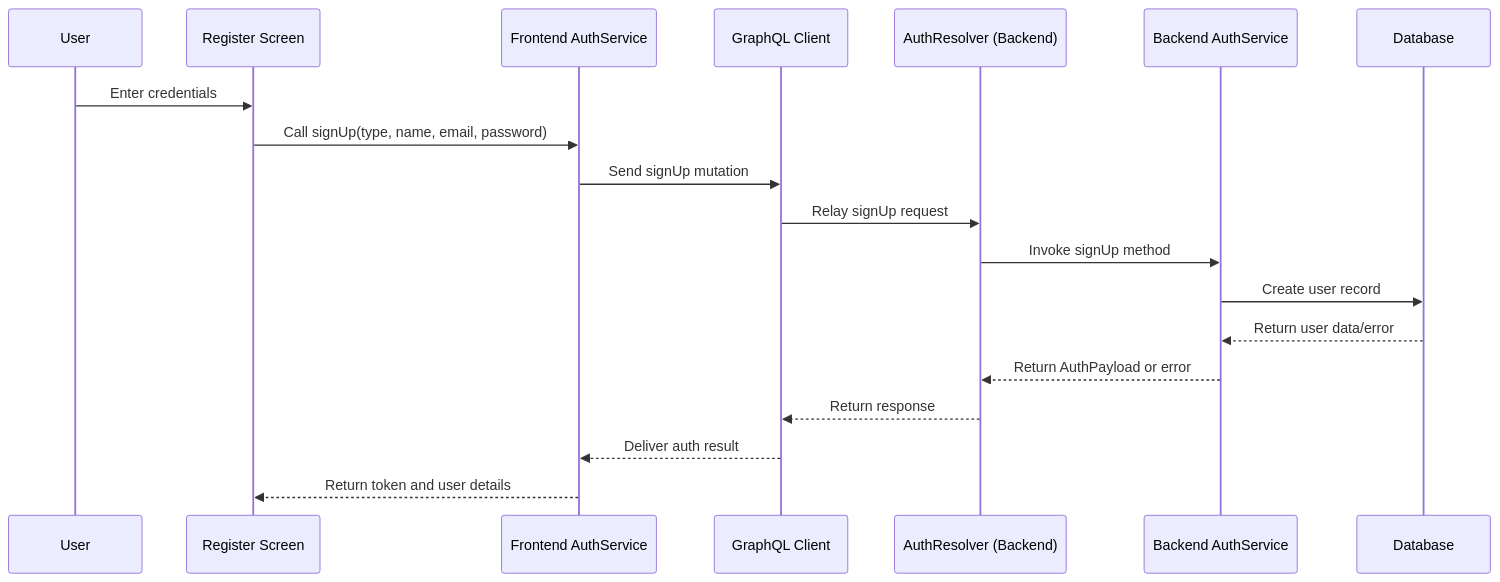
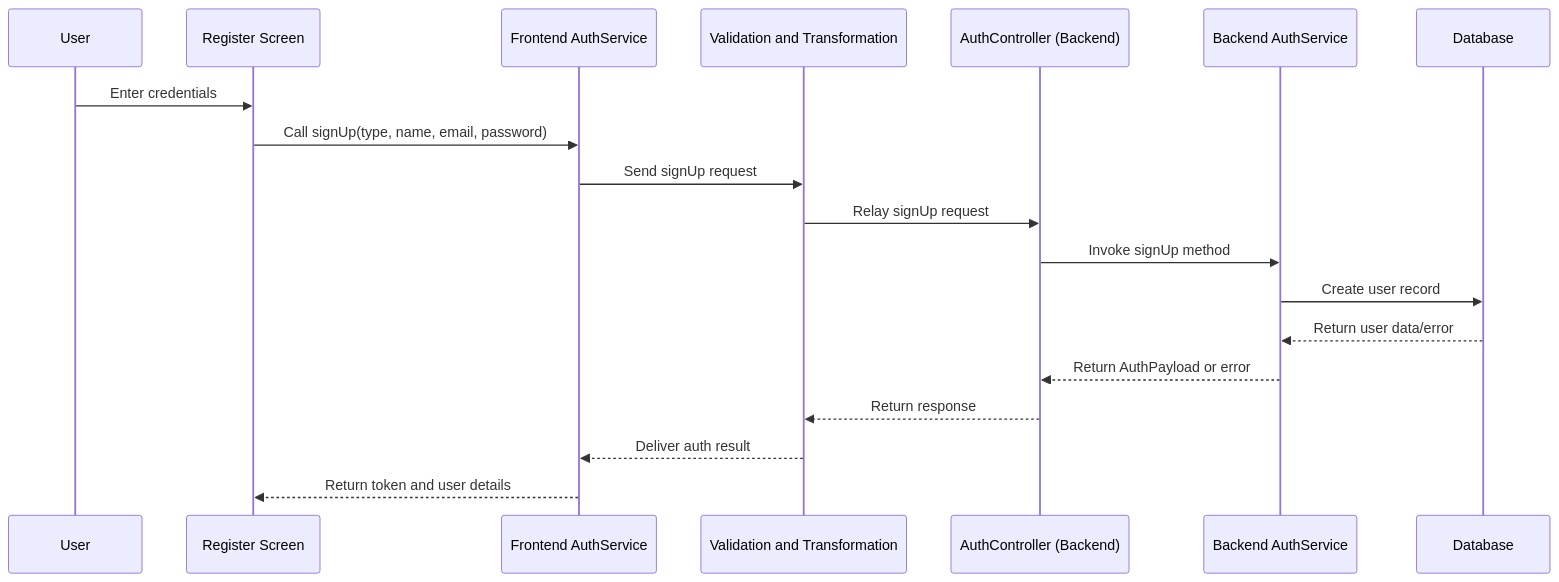
The second of 4 diagrams in docs/developer/index.md (Junqo-org/junqo-platform), drawn with Mermaid before and after one commit. The commit also changed other lines of this file and 135 other files, not shown here.

Commit message:
Remove graphql from backend  and documentation

````diff
--- a/docs/developer/index.md
+++ b/docs/developer/index.md
@@ -190,22 +190,22 @@
 ```mermaid
 sequenceDiagram
   participant U as User
   participant LS as Register Screen
   participant FAS as Frontend AuthService
-  participant GC as GraphQL Client
-  participant AR as AuthResolver (Backend)
+  participant GC as Validation and Transformation
+  participant AR as AuthController (Backend)
   participant BAS as Backend AuthService
   participant DB as Database
 
   U->>LS: Enter credentials
   LS->>FAS: Call signUp(type, name, email, password)
-  FAS->>GC: Send signUp mutation
+  FAS->>GC: Send signUp request
   GC->>AR: Relay signUp request
   AR->>BAS: Invoke signUp method
   BAS->>DB: Create user record
   DB-->>BAS: Return user data/error
   BAS-->>AR: Return AuthPayload or error
   AR-->>GC: Return response
   GC-->>FAS: Deliver auth result
   FAS-->>LS: Return token and user details
 ```
````
